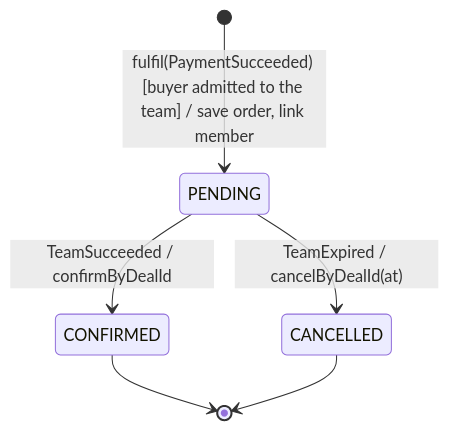
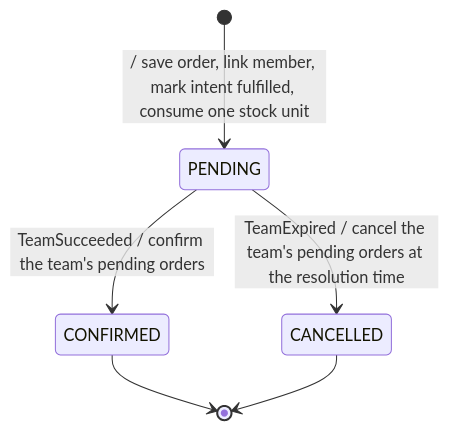
Before and after one commit to PPsyrius/iss-groupbuy-team8: the first of 3 diagrams in docs/swe5006/report-drafts/statecharts.md, drawn with Mermaid. The commit also changed other lines of this file and 1 other file, not shown here.

````diff
--- a/docs/swe5006/report-drafts/statecharts.md
+++ b/docs/swe5006/report-drafts/statecharts.md
@@ -9,8 +9,8 @@
 ```mermaid
 stateDiagram-v2
-    [*] --> PENDING : fulfil(PaymentSucceeded) [buyer admitted to the team] / save order, link member
-    PENDING --> CONFIRMED : TeamSucceeded / confirmByDealId
-    PENDING --> CANCELLED : TeamExpired / cancelByDealId(at)
+    [*] --> PENDING : / save order, link member, mark intent fulfilled, consume one stock unit
+    PENDING --> CONFIRMED : TeamSucceeded / confirm the team's pending orders
+    PENDING --> CANCELLED : TeamExpired / cancel the team's pending orders at the resolution time
     CONFIRMED --> [*]
     CANCELLED --> [*]
 ```
````
